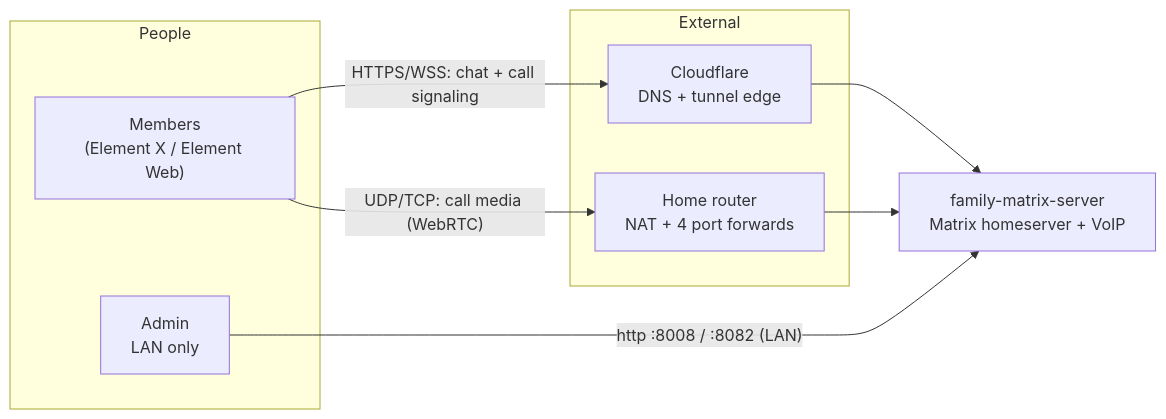
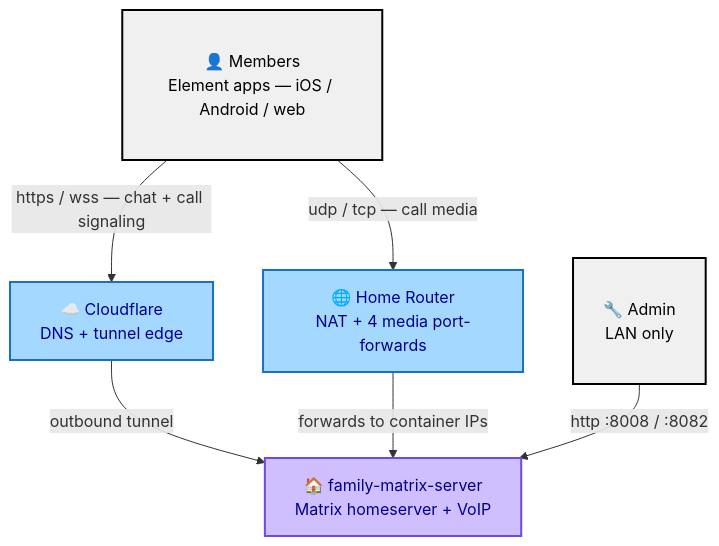
The first of 2 diagrams in ARCHITECTURE.md (sam-fakhreddine/family-matrix-server), drawn with Mermaid before and after one commit. The commit also changed other lines of this file, not shown here.

First line of the commit message:
Redo architecture diagrams: tiered flowcharts with high-contrast styling

````diff
--- a/ARCHITECTURE.md
+++ b/ARCHITECTURE.md
@@ -11,18 +11,28 @@
 ```mermaid
-flowchart LR
-    subgraph People
-        FAM["Members<br/>(Element X / Element Web)"]
-        ADMIN["Admin<br/>LAN only"]
-    end
+flowchart TD
+    %% ── Tier 1: people ──────────────────────────────────
+    Members["👤 Members<br/>Element apps — iOS / Android / web"]
+    Admin["🔧 Admin<br/>LAN only"]
 
-    subgraph External
-        CF["Cloudflare<br/>DNS + tunnel edge"]
-        RTR["Home router<br/>NAT + 4 port forwards"]
-    end
+    %% ── Tier 2: network edges ───────────────────────────
+    Cloudflare["☁️ Cloudflare<br/>DNS + tunnel edge"]
+    Router["🌐 Home Router<br/>NAT + 4 media port-forwards"]
 
-    STACK["family-matrix-server<br/>Matrix homeserver + VoIP"]
+    %% ── Tier 3: the system ──────────────────────────────
+    Stack["🏠 family-matrix-server<br/>Matrix homeserver + VoIP"]
 
-    FAM -- "HTTPS/WSS: chat + call signaling" --> CF --> STACK
-    FAM -- "UDP/TCP: call media (WebRTC)" --> RTR --> STACK
-    ADMIN -- "http :8008 / :8082 (LAN)" --> STACK
+    %% chat + signaling ride the tunnel; media takes the forwards
+    Members -- "https / wss — chat + call signaling" --> Cloudflare
+    Members -- "udp / tcp — call media" --> Router
+    Cloudflare -- "outbound tunnel" --> Stack
+    Router -- "forwards to container IPs" --> Stack
+    Admin -- "http :8008 / :8082" --> Stack
+
+    classDef person fill:#F0F0F0,stroke:#000000,stroke-width:2px,color:black,padding:8px
+    classDef gateway fill:#a5d8ff,stroke:#1971c2,stroke-width:2px,color:darkblue
+    classDef system fill:#d0bfff,stroke:#7048e8,stroke-width:2px,color:darkblue
+
+    class Members,Admin person
+    class Cloudflare,Router gateway
+    class Stack system
 ```
````
